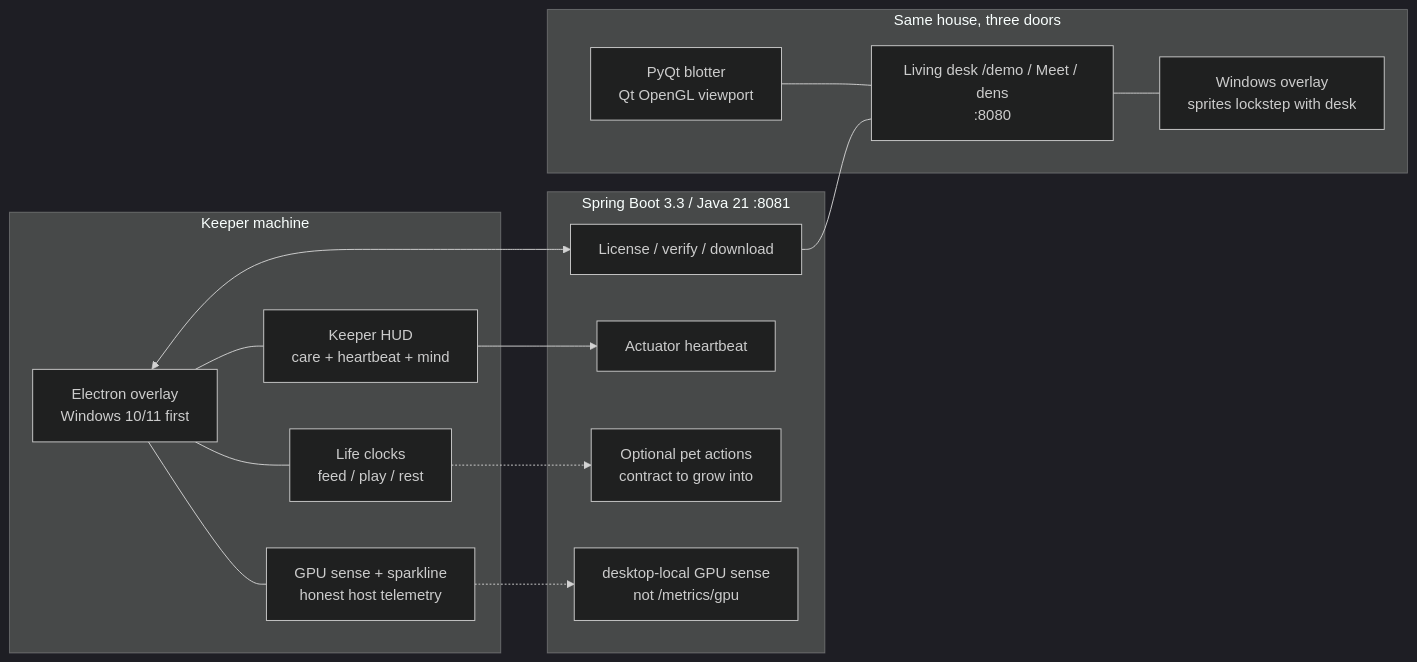
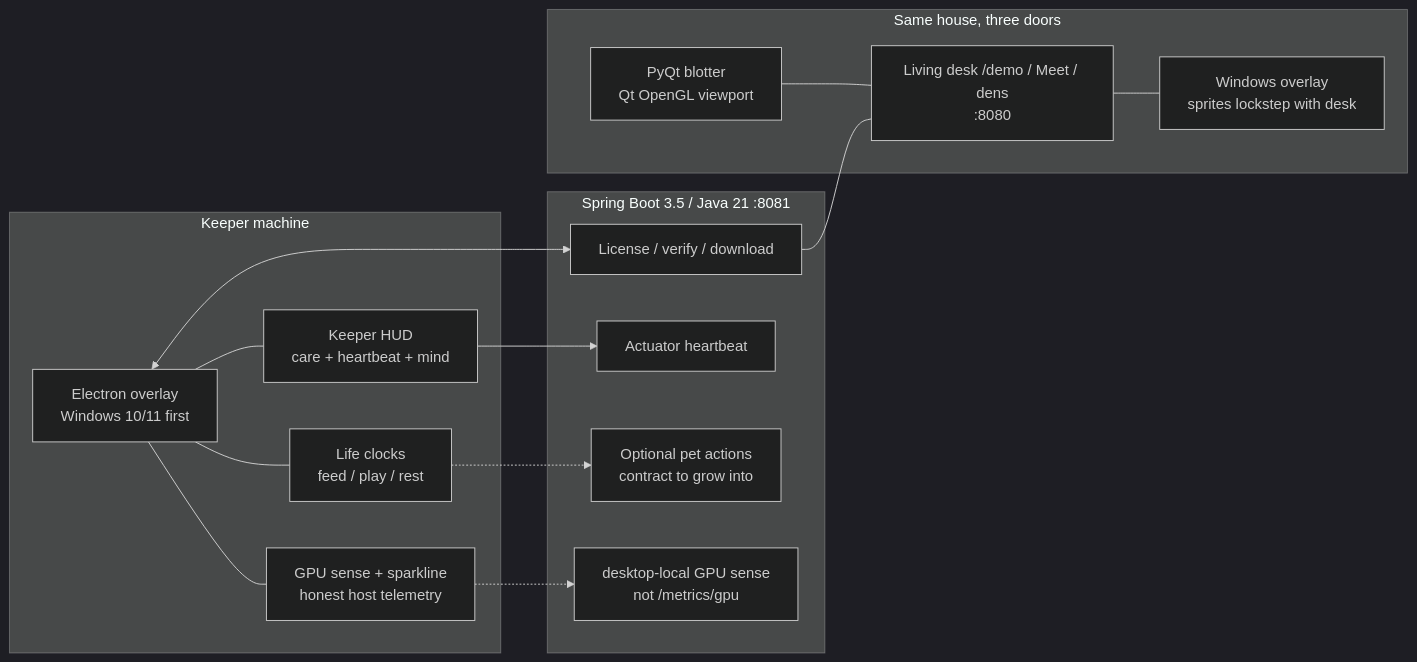
Before and after one commit to RicheyWorks/computerpets: the fourth of 4 diagrams in docs/ARCHITECTURE.md, drawn with Mermaid (dark theme). The commit also changed other lines of this file and 25 other files, not shown here.

````diff
--- a/docs/ARCHITECTURE.md
+++ b/docs/ARCHITECTURE.md
@@ -851,33 +851,33 @@
 ```mermaid
 flowchart LR
     subgraph Keeper["Keeper machine"]
         OV[Electron overlay<br/>Windows 10/11 first]
         GPU[GPU sense + sparkline<br/>honest host telemetry]
         LIFE[Life clocks<br/>feed / play / rest]
         HUD[Keeper HUD<br/>care + heartbeat + mind]
     end
 
-    subgraph House["Spring Boot 3.3 / Java 21 :8081"]
+    subgraph House["Spring Boot 3.5 / Java 21 :8081"]
         LIC[License / verify / download]
         ACT[Actuator heartbeat]
         CARE[Optional pet actions<br/>contract to grow into]
         MET["desktop-local GPU sense<br/>not /metrics/gpu"]
     end
 
     subgraph Doors["Same house, three doors"]
         DESK[Living desk /demo / Meet / dens<br/>:8080]
         BLOT[PyQt blotter<br/>Qt OpenGL viewport]
         OV2[Windows overlay<br/>sprites lockstep with desk]
     end
 
     OV --- GPU
     OV --- LIFE
     OV --- HUD
     OV <--> LIC
     HUD --> ACT
     LIFE -.-> CARE
     GPU -.-> MET
     DESK --- OV2
     BLOT --- DESK
     LIC --- DESK
 ```
````
